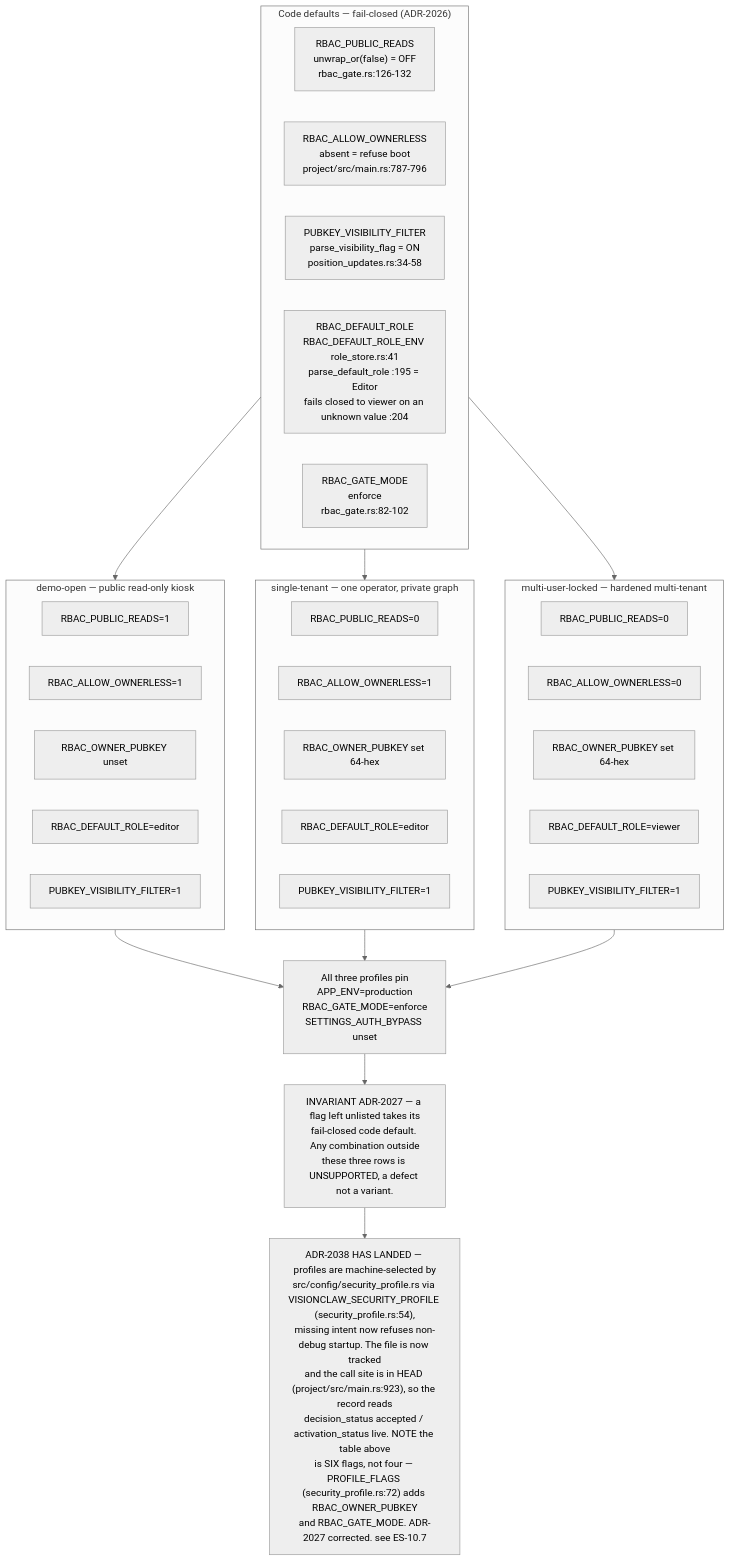
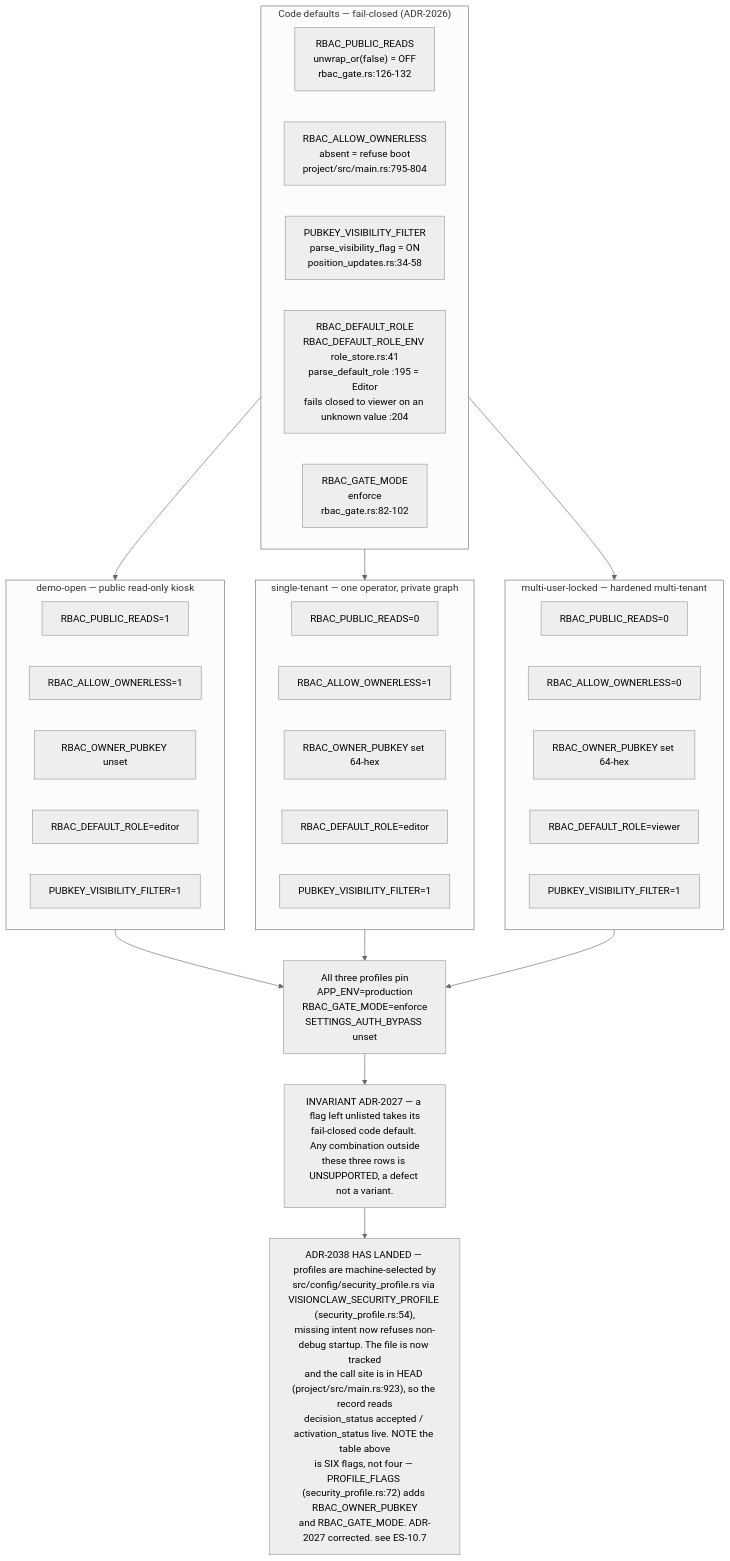
The first of 11 diagrams in docs/diagrams/estate/10-deployment-and-security-profiles.md (DreamLab-AI/VisionFlow), drawn with Mermaid (neutral theme) before and after one commit. The commit also changed other lines of this file and 111 other files, not shown here.

Commit message:
docs(diagrams): align estate maps with current source

````diff
--- a/docs/diagrams/estate/10-deployment-and-security-profiles.md
+++ b/docs/diagrams/estate/10-deployment-and-security-profiles.md
@@ -52,43 +52,43 @@
 ```mermaid
 flowchart TB
     subgraph code["Code defaults — fail-closed (ADR-2026)"]
         CD1["RBAC_PUBLIC_READS<br/>unwrap_or(false) = OFF<br/>rbac_gate.rs:126-132"]
-        CD2["RBAC_ALLOW_OWNERLESS<br/>absent = refuse boot<br/>project/src/main.rs:787-796"]
+        CD2["RBAC_ALLOW_OWNERLESS<br/>absent = refuse boot<br/>project/src/main.rs:795-804"]
         CD3["PUBKEY_VISIBILITY_FILTER<br/>parse_visibility_flag = ON<br/>position_updates.rs:34-58"]
         CD4["RBAC_DEFAULT_ROLE<br/>RBAC_DEFAULT_ROLE_ENV role_store.rs:41<br/>parse_default_role :195 = Editor<br/>fails closed to viewer on an unknown value :204"]
         CD5["RBAC_GATE_MODE<br/>enforce<br/>rbac_gate.rs:82-102"]
     end
     subgraph demo["demo-open — public read-only kiosk"]
         D1["RBAC_PUBLIC_READS=1"]
         D2["RBAC_ALLOW_OWNERLESS=1"]
         D3["RBAC_OWNER_PUBKEY unset"]
         D4["RBAC_DEFAULT_ROLE=editor"]
         D5["PUBKEY_VISIBILITY_FILTER=1"]
     end
     subgraph single["single-tenant — one operator, private graph"]
         S1["RBAC_PUBLIC_READS=0"]
         S2["RBAC_ALLOW_OWNERLESS=1"]
         S3["RBAC_OWNER_PUBKEY set 64-hex"]
         S4["RBAC_DEFAULT_ROLE=editor"]
         S5["PUBKEY_VISIBILITY_FILTER=1"]
     end
     subgraph locked["multi-user-locked — hardened multi-tenant"]
         L1["RBAC_PUBLIC_READS=0"]
         L2["RBAC_ALLOW_OWNERLESS=0"]
         L3["RBAC_OWNER_PUBKEY set 64-hex"]
         L4["RBAC_DEFAULT_ROLE=viewer"]
         L5["PUBKEY_VISIBILITY_FILTER=1"]
     end
     ALL["All three profiles pin<br/>APP_ENV=production<br/>RBAC_GATE_MODE=enforce<br/>SETTINGS_AUTH_BYPASS unset"]
     INV["INVARIANT ADR-2027 — a flag left unlisted takes its<br/>fail-closed code default. Any combination outside<br/>these three rows is UNSUPPORTED, a defect not a variant."]
     DRIFT["ADR-2038 HAS LANDED — profiles are machine-selected by<br/>src/config/security_profile.rs via VISIONCLAW_SECURITY_PROFILE (security_profile.rs:54),<br/>missing intent now refuses non-debug startup. The file is now tracked<br/>and the call site is in HEAD (project/src/main.rs:923), so the record reads<br/>decision_status accepted / activation_status live. NOTE the table above<br/>is SIX flags, not four — PROFILE_FLAGS (security_profile.rs:72) adds RBAC_OWNER_PUBKEY<br/>and RBAC_GATE_MODE. ADR-2027 corrected. see ES-10.7"]
 
     code --> demo
     code --> single
     code --> locked
     demo --> ALL
     single --> ALL
     locked --> ALL
     ALL --> INV
     INV --> DRIFT
 ```
````
